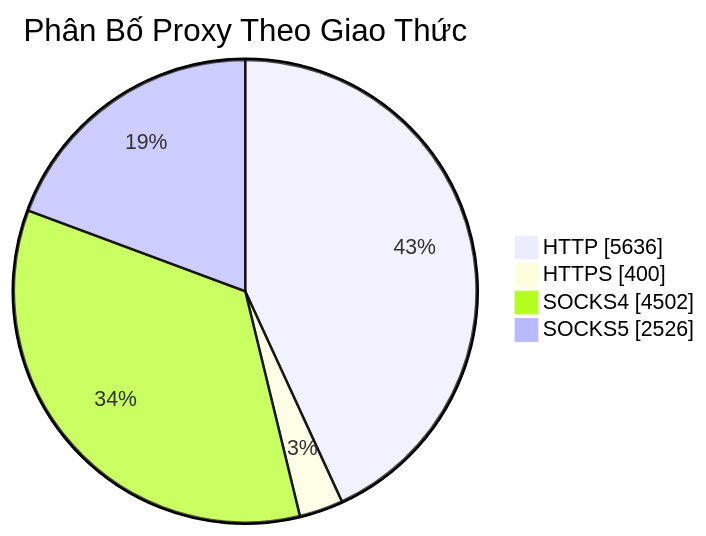
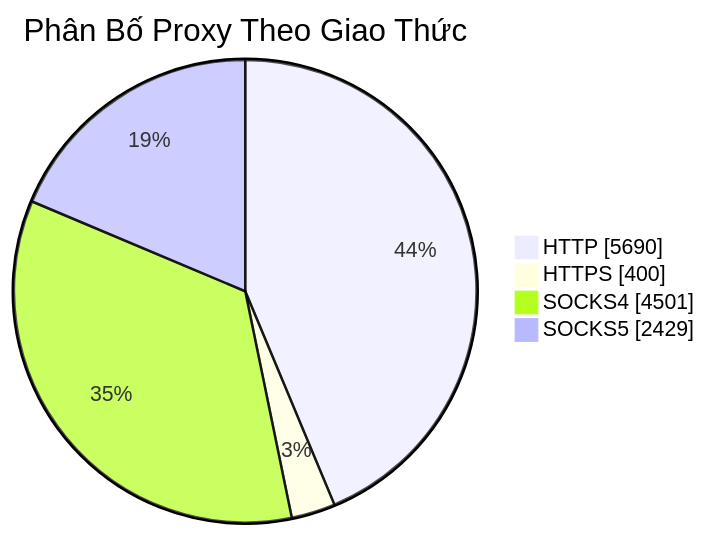
Before and after one commit to Ciara-Aa/PROXY-free: the diagram in README.md, drawn with Mermaid. The commit also changed other lines of this file and 3 other files, not shown here.

````diff
--- a/README.md
+++ b/README.md
@@ -26,7 +26,7 @@
 ```mermaid
 pie showData title Phân Bố Proxy Theo Giao Thức
-    "HTTP" : 5636
+    "HTTP" : 5690
     "HTTPS" : 400
-    "SOCKS4" : 4502
-    "SOCKS5" : 2526
+    "SOCKS4" : 4501
+    "SOCKS5" : 2429
 ```
````
